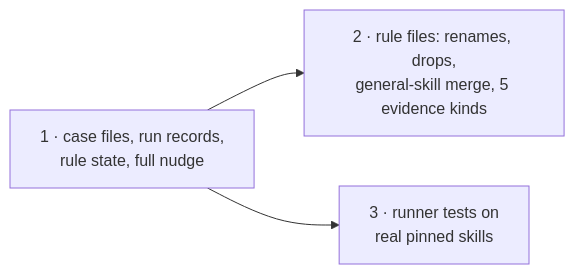
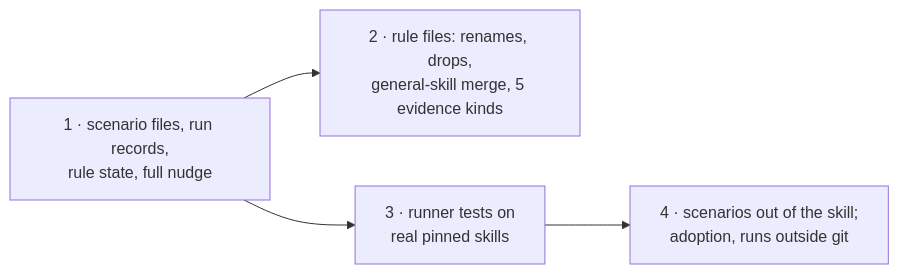
The diagram in docs/specs/2026-11-03-skill-rules/deliverables/2-rules-earn-their-nudges/plan.md (ShravanSunder/sunstack), drawn with Mermaid before and after one commit. The commit also changed other lines of this file and 30 other files, not shown here.

First line of the commit message:
docs(skill-rules): scenarios replace cases; scenario runs outside git; owner adoption file replaces the committed receipt; D2 step A6

````diff
--- a/docs/specs/2026-11-03-skill-rules/deliverables/2-rules-earn-their-nudges/plan.md
+++ b/docs/specs/2026-11-03-skill-rules/deliverables/2-rules-earn-their-nudges/plan.md
@@ -9,5 +9,6 @@
 ```mermaid
 flowchart LR
-  A1["1 · case files, run records,<br/>rule state, full nudge"] --> A2["2 · rule files: renames, drops,<br/>general-skill merge, 5 evidence kinds"]
+  A1["1 · scenario files, run records,<br/>rule state, full nudge"] --> A2["2 · rule files: renames, drops,<br/>general-skill merge, 5 evidence kinds"]
   A1 --> A5["3 · runner tests on<br/>real pinned skills"]
+  A5 --> A6["4 · scenarios out of the skill;<br/>adoption, runs outside git"]
 ```
````
